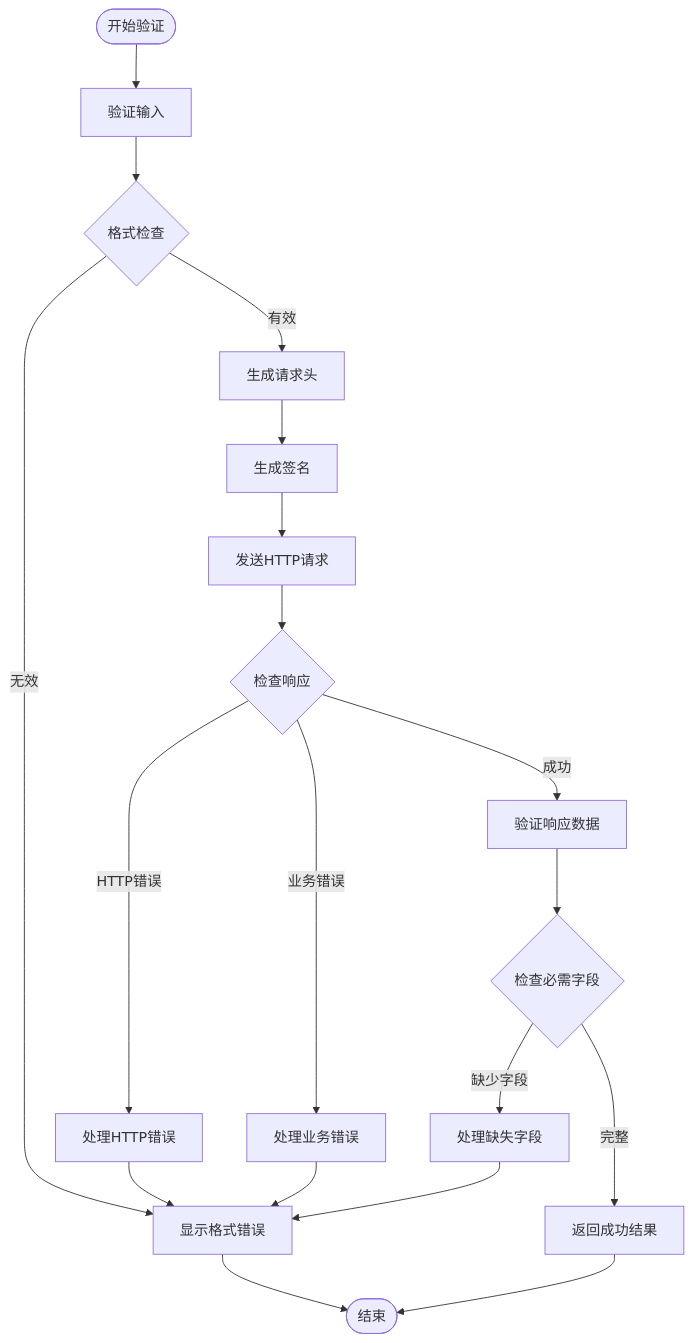
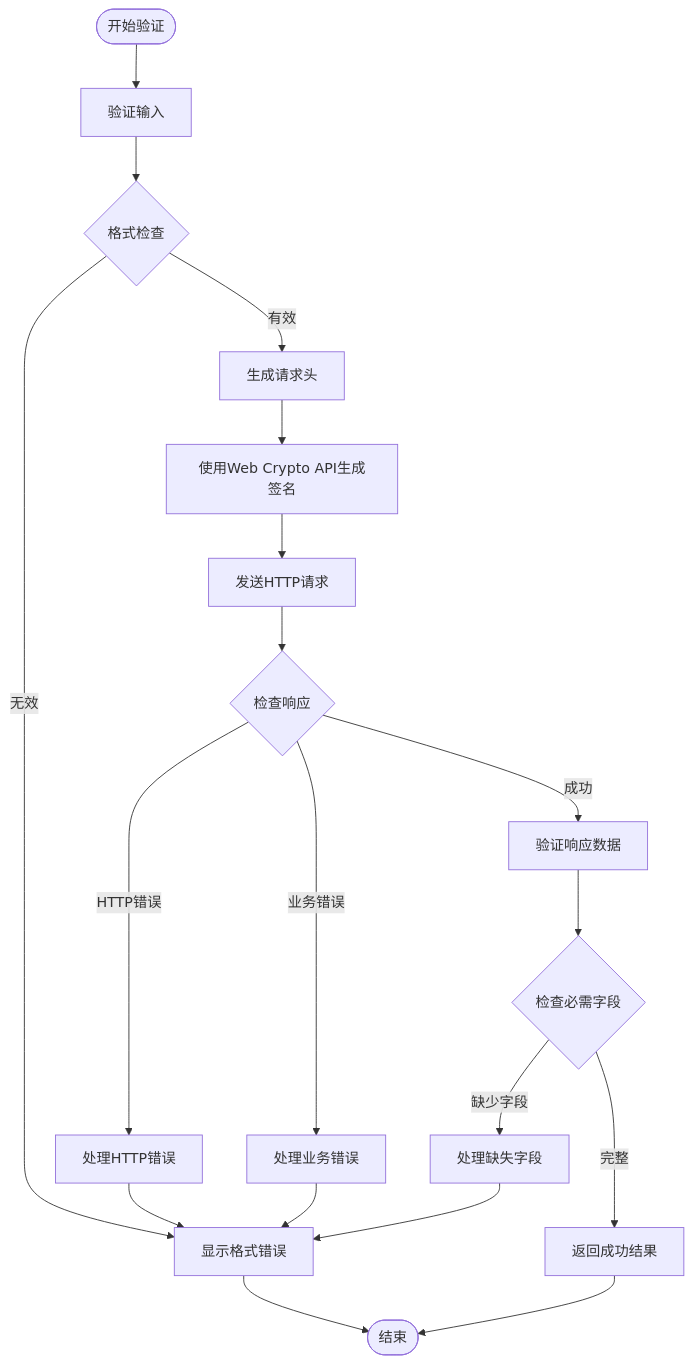
The fifth of 13 diagrams in .qoder/repowiki/zh/content/核心概念/邀请码API客户端.md (verse-ai-org/openclaw), drawn with Mermaid before and after one commit. The commit also changed other lines of this file and 24 other files, not shown here.

````diff
--- a/.qoder/repowiki/zh/content/核心概念/邀请码API客户端.md
+++ b/.qoder/repowiki/zh/content/核心概念/邀请码API客户端.md
@@ -188,21 +227,21 @@
 ```mermaid
 flowchart TD
 Start([开始验证]) --> ValidateInput[验证输入]
 ValidateInput --> FormatCheck{格式检查}
 FormatCheck --> |无效| ShowError[显示格式错误]
 FormatCheck --> |有效| GenerateHeaders[生成请求头]
-GenerateHeaders --> SignRequest[生成签名]
+GenerateHeaders --> SignRequest[使用Web Crypto API生成签名]
 SignRequest --> MakeRequest[发送HTTP请求]
 MakeRequest --> CheckResponse{检查响应}
 CheckResponse --> |HTTP错误| HandleHttpError[处理HTTP错误]
 CheckResponse --> |业务错误| HandleBusinessError[处理业务错误]
 CheckResponse --> |成功| ValidateData[验证响应数据]
 ValidateData --> CheckRequired{检查必需字段}
 CheckRequired --> |缺少字段| HandleMissingFields[处理缺失字段]
 CheckRequired --> |完整| Success[返回成功结果]
 HandleHttpError --> ShowError
 HandleBusinessError --> ShowError
 HandleMissingFields --> ShowError
 ShowError --> End([结束])
 Success --> End
 ```
````
